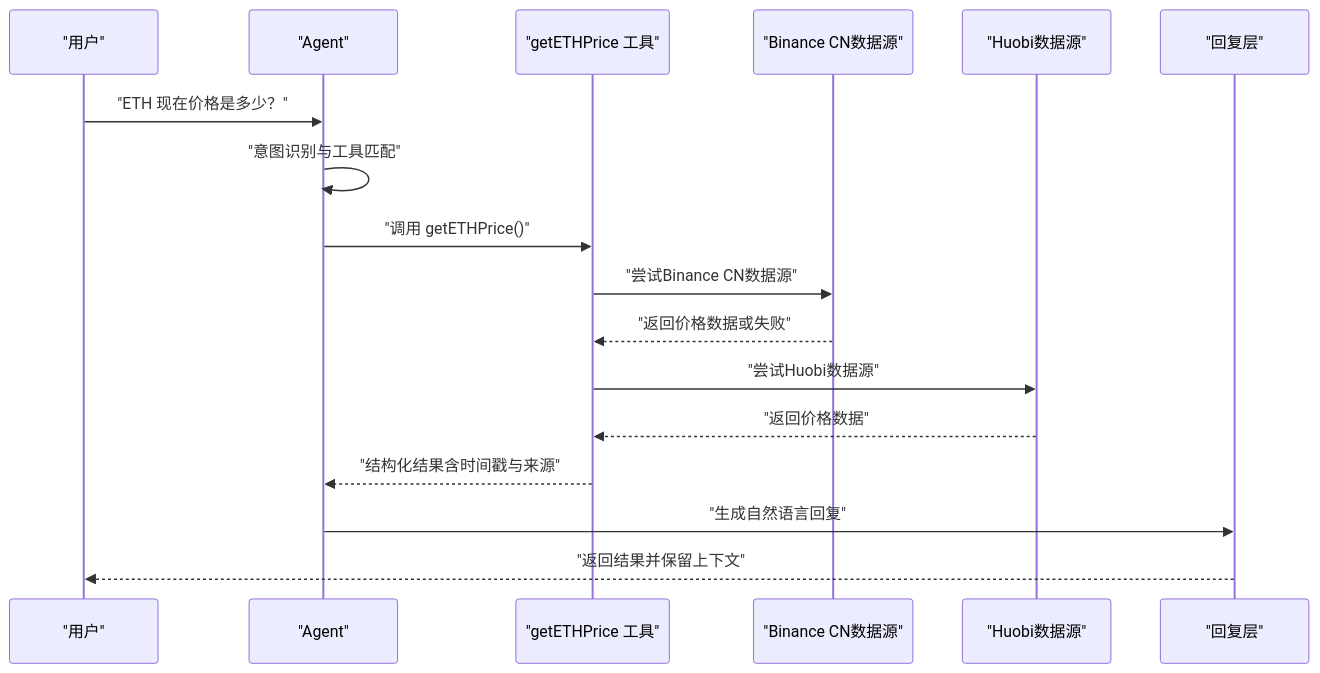
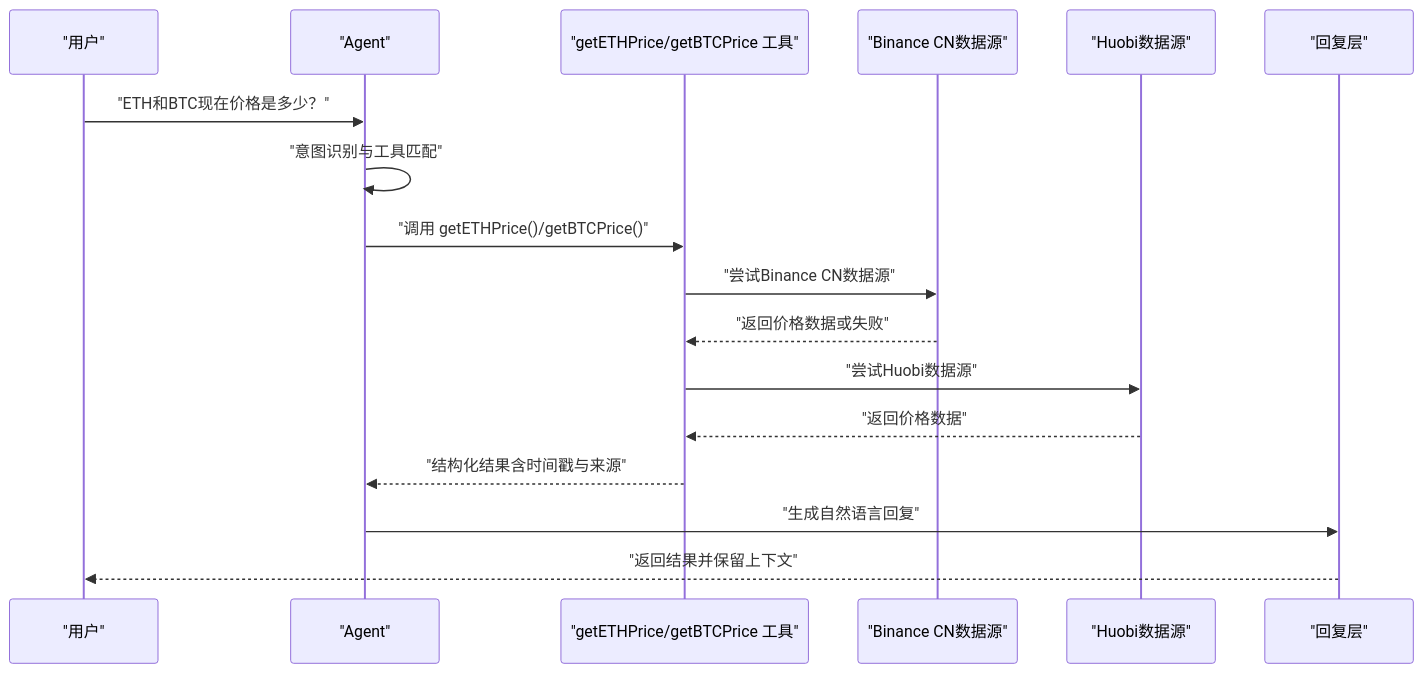
Before and after one commit to CryptoLinxu/Web3-AI-Agent: the second of 4 diagrams in .qoder/repowiki/zh/content/Web3工具集成/核心Web3工具实现/ETH价格查询工具.md, drawn with Mermaid. The commit also changed other lines of this file and 10 other files, not shown here.

````diff
--- a/.qoder/repowiki/zh/content/Web3工具集成/核心Web3工具实现/ETH价格查询工具.md
+++ b/.qoder/repowiki/zh/content/Web3工具集成/核心Web3工具实现/ETH价格查询工具.md
@@ -99,19 +100,19 @@
 ```mermaid
 sequenceDiagram
 participant U as "用户"
 participant A as "Agent"
-participant T as "getETHPrice 工具"
+participant T as "getETHPrice/getBTCPrice 工具"
 participant B as "Binance CN数据源"
 participant H as "Huobi数据源"
 participant R as "回复层"
-U->>A : "ETH 现在价格是多少？"
+U->>A : "ETH和BTC现在价格是多少？"
 A->>A : "意图识别与工具匹配"
-A->>T : "调用 getETHPrice()"
+A->>T : "调用 getETHPrice()/getBTCPrice()"
 T->>B : "尝试Binance CN数据源"
 B-->>T : "返回价格数据或失败"
 T->>H : "尝试Huobi数据源"
 H-->>T : "返回价格数据"
 T-->>A : "结构化结果含时间戳与来源"
 A->>R : "生成自然语言回复"
 R-->>U : "返回结果并保留上下文"
 ```
````
